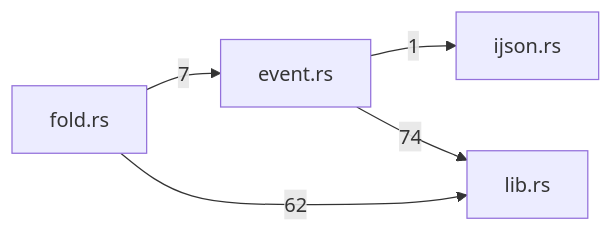
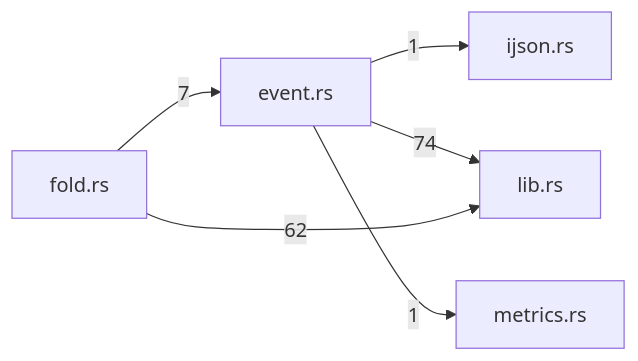
Before and after one commit to TekesApps/TekesKernel: the diagram in crates/schema/docs/generated/index.md, drawn with Mermaid. The commit also changed other lines of this file and 125 other files, not shown here.

````diff
--- a/crates/schema/docs/generated/index.md
+++ b/crates/schema/docs/generated/index.md
@@ -51,11 +52,13 @@
 ```mermaid
 flowchart LR
   m0["event.rs"]
   m1["fold.rs"]
   m2["ijson.rs"]
   m3["lib.rs"]
+  m4["metrics.rs"]
   m0 -->|"1"| m2
   m0 -->|"74"| m3
+  m0 -->|"1"| m4
   m1 -->|"7"| m0
   m1 -->|"62"| m3
 ```
````
